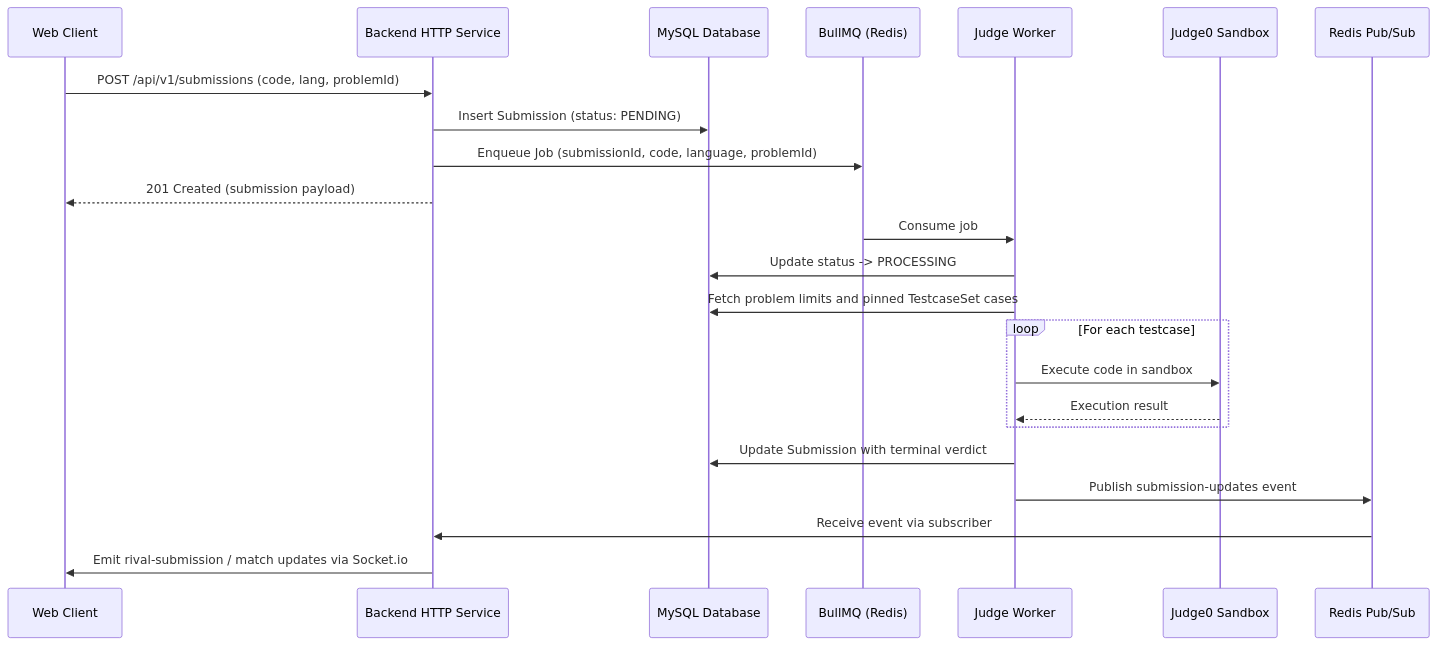
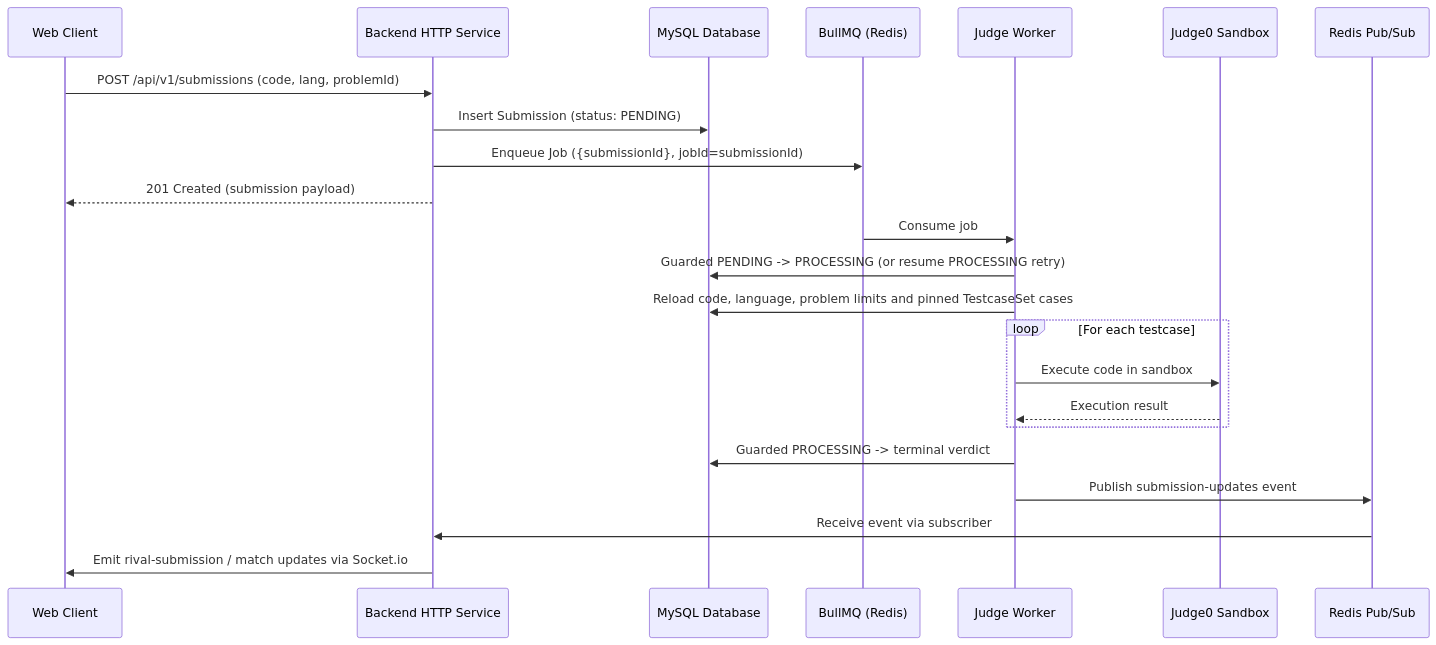
Before and after one commit to jack1e2401/fessior: the diagram in docs/judging-pipeline.md, drawn with Mermaid. The commit also changed other lines of this file and 17 other files, not shown here.

````diff
--- a/docs/judging-pipeline.md
+++ b/docs/judging-pipeline.md
@@ -11,27 +11,27 @@
 ```mermaid
 sequenceDiagram
   participant Client as Web Client
   participant API as Backend HTTP Service
   participant MySQL as MySQL Database
   participant Queue as BullMQ (Redis)
   participant Worker as Judge Worker
   participant Judge0 as Judge0 Sandbox
   participant PubSub as Redis Pub/Sub
 
   Client->>API: POST /api/v1/submissions (code, lang, problemId)
   API->>MySQL: Insert Submission (status: PENDING)
-  API->>Queue: Enqueue Job (submissionId, code, language, problemId)
+  API->>Queue: Enqueue Job ({submissionId}, jobId=submissionId)
   API-->>Client: 201 Created (submission payload)
 
   Queue->>Worker: Consume job
-  Worker->>MySQL: Update status -> PROCESSING
-  Worker->>MySQL: Fetch problem limits and pinned TestcaseSet cases
+  Worker->>MySQL: Guarded PENDING -> PROCESSING (or resume PROCESSING retry)
+  Worker->>MySQL: Reload code, language, problem limits and pinned TestcaseSet cases
   loop For each testcase
     Worker->>Judge0: Execute code in sandbox
     Judge0-->>Worker: Execution result
   end
-  Worker->>MySQL: Update Submission with terminal verdict
+  Worker->>MySQL: Guarded PROCESSING -> terminal verdict
   Worker->>PubSub: Publish submission-updates event
   PubSub->>API: Receive event via subscriber
   API->>Client: Emit rival-submission / match updates via Socket.io
 ```
````
